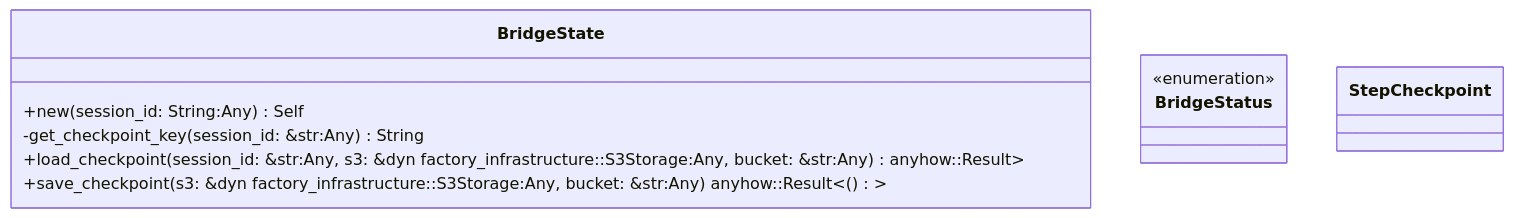
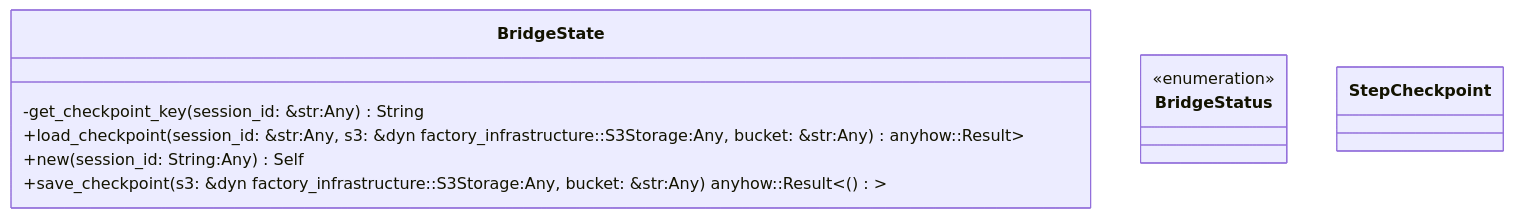
One commit to lgcorzo/rust_CACD_autonomous_factory changed the first of 2 diagrams in openwiki/crates_factory-application_src_bridge_state_rs.md. Above: the diagram before and after it, drawn with Mermaid. The commit also changed other lines of this file and 76 other files, not shown here.

````diff
--- a/openwiki/crates_factory-application_src_bridge_state_rs.md
+++ b/openwiki/crates_factory-application_src_bridge_state_rs.md
@@ -203,16 +203,16 @@
 ```mermaid
 classDiagram
     direction BT
     class BridgeState {
-        +new(session_id: String:Any) Self
         -get_checkpoint_key(session_id: &str:Any) String
         +load_checkpoint(session_id: &str:Any, s3: &dyn factory_infrastructure::S3Storage:Any, bucket: &str:Any) anyhow::Result<Option<Self>>
+        +new(session_id: String:Any) Self
         +save_checkpoint(s3: &dyn factory_infrastructure::S3Storage:Any, bucket: &str:Any) anyhow::Result<()>
     }
     class BridgeStatus {
         <<enumeration>>
     }
     class StepCheckpoint {
     }
 
 ```
````
